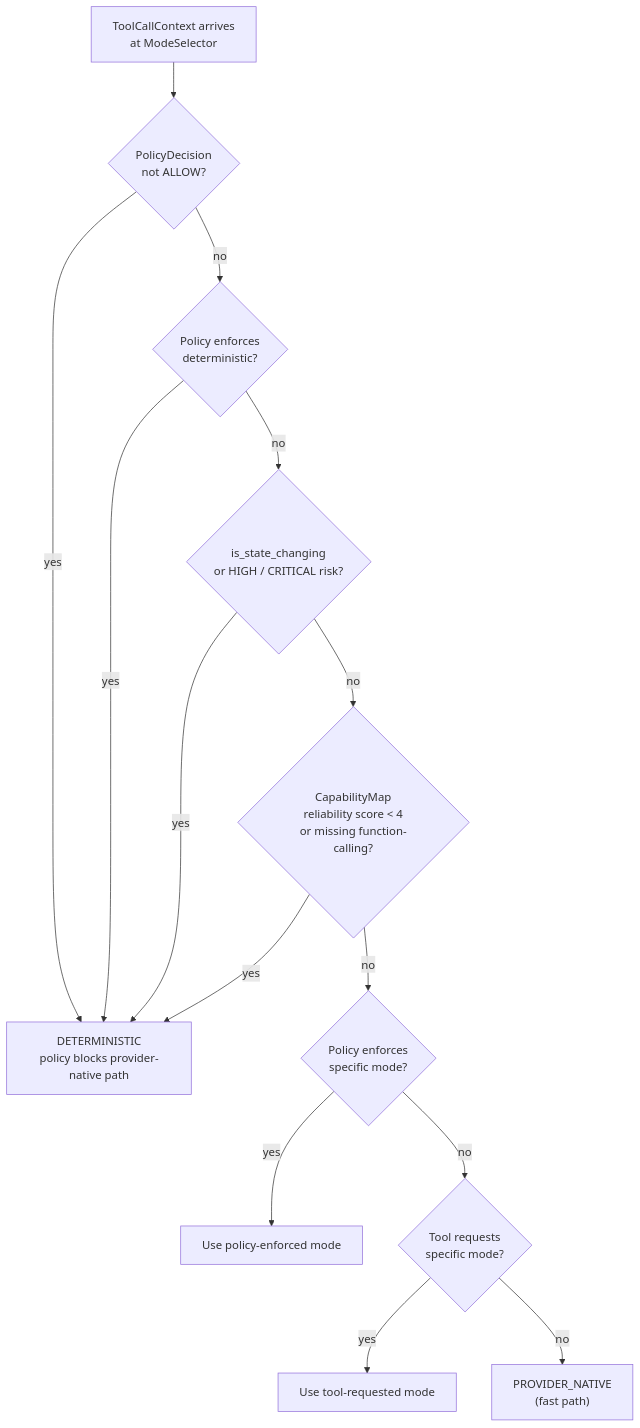
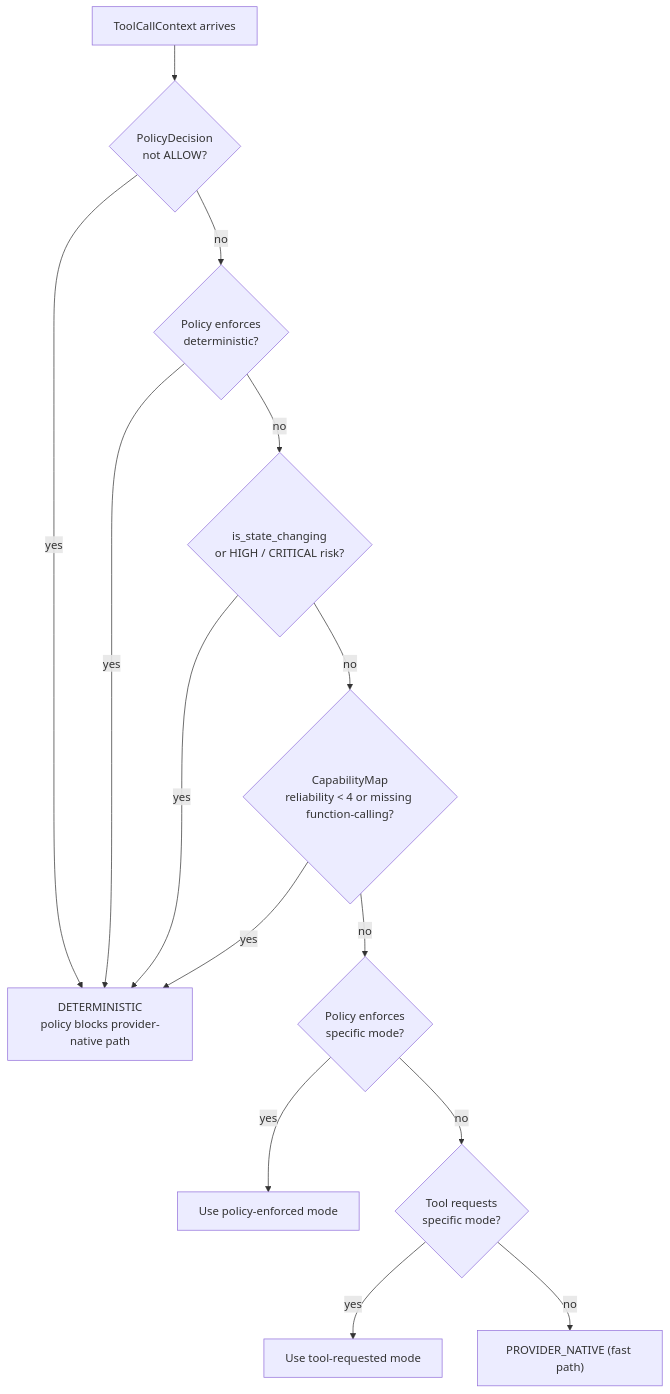
The fifth of 5 diagrams in README.md (SavinRazvan/eXo-brain), drawn with Mermaid before and after one commit. The commit also changed other lines of this file and 3 other files, not shown here.

````diff
--- a/README.md
+++ b/README.md
@@ -267,16 +241,16 @@
 ```mermaid
 flowchart TD
-    A["ToolCallContext arrives\nat ModeSelector"] --> B{PolicyDecision\nnot ALLOW?}
+    A["ToolCallContext arrives"] --> B{PolicyDecision\nnot ALLOW?}
     B -->|yes| C["DETERMINISTIC\npolicy blocks provider-native path"]
     B -->|no| D{Policy enforces\ndeterministic?}
     D -->|yes| C
     D -->|no| E{is_state_changing\nor HIGH / CRITICAL risk?}
     E -->|yes| C
-    E -->|no| F{CapabilityMap\nreliability score < 4\nor missing function-calling?}
+    E -->|no| F{CapabilityMap\nreliability < 4 or missing function-calling?}
     F -->|yes| C
     F -->|no| G{Policy enforces\nspecific mode?}
     G -->|yes| H["Use policy-enforced mode"]
     G -->|no| I{Tool requests\nspecific mode?}
     I -->|yes| J["Use tool-requested mode"]
-    I -->|no| K["PROVIDER_NATIVE\n(fast path)"]
+    I -->|no| K["PROVIDER_NATIVE (fast path)"]
 ```
````
